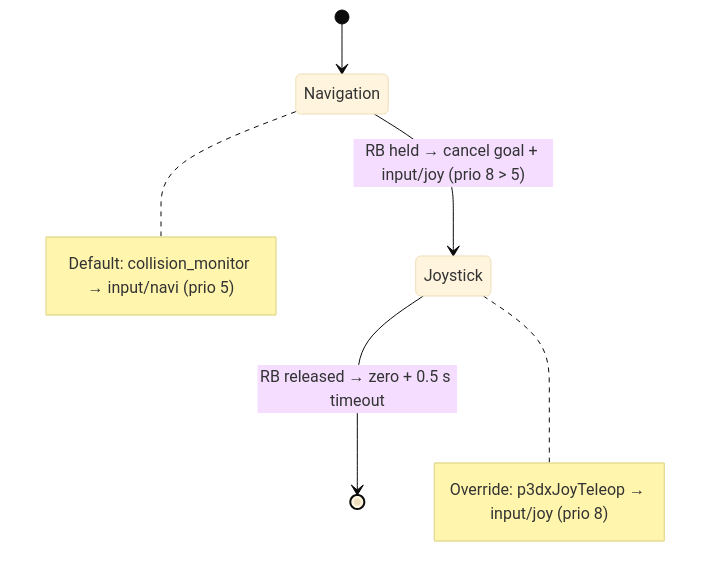
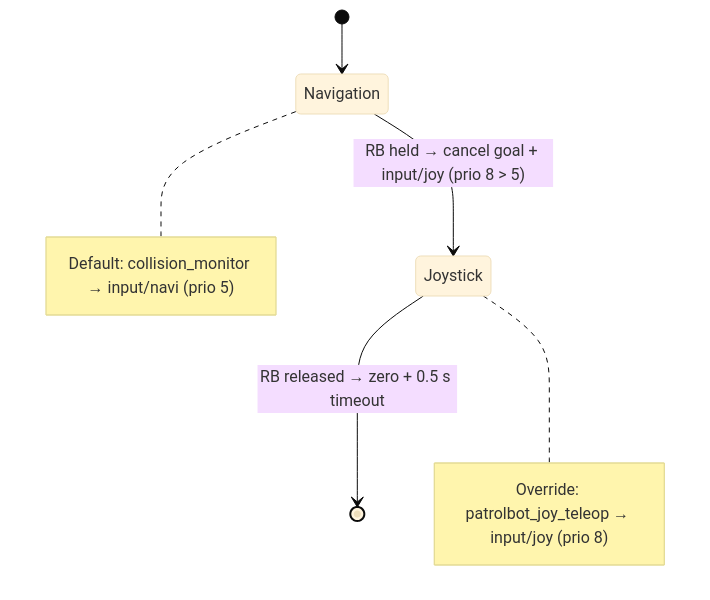
One commit to cmu-impactlab/patrolbot changed the sixth of 7 diagrams in docs/internals/state-machines.md. Above: the diagram before and after it, drawn with Mermaid (base theme). The commit also changed 9 other files, not shown here.

````diff
--- a/docs/internals/state-machines.md
+++ b/docs/internals/state-machines.md
@@ -144,12 +144,12 @@
 ```mermaid
 stateDiagram-v2
     [*] --> Navigation
     Navigation --> Joystick: RB held → cancel goal + input/joy (prio 8 > 5)
     Joystick --> [*]: RB released → zero + 0.5 s timeout
     note right of Navigation
         Default: collision_monitor → input/navi (prio 5)
     end note
     note right of Joystick
-        Override: p3dxJoyTeleop → input/joy (prio 8)
+        Override: patrolbot_joy_teleop → input/joy (prio 8)
     end note
 ```
````
